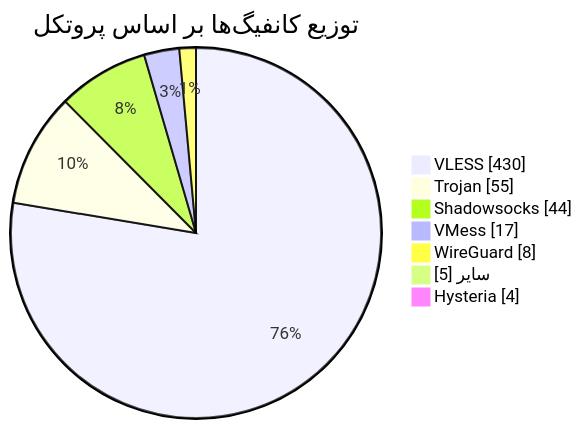
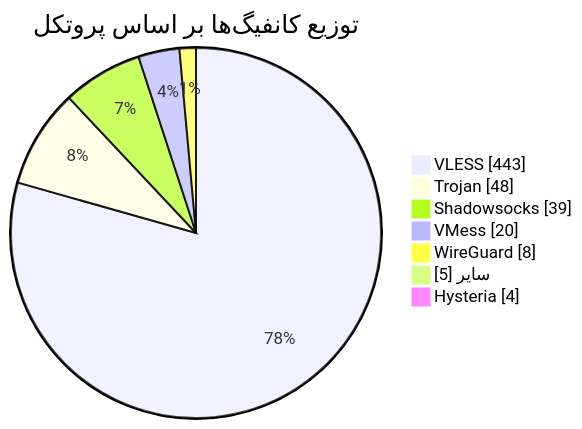
The diagram in README.md (Arian-Alijani/Somthing), drawn with Mermaid before and after one commit. The commit also changed other lines of this file and 21 other files, not shown here.

````diff
--- a/README.md
+++ b/README.md
@@ -49,11 +49,11 @@
 ```mermaid
 pie showData
     title توزیع کانفیگ‌ها بر اساس پروتکل
-    "VLESS" : 430
-    "Trojan" : 55
-    "Shadowsocks" : 44
-    "VMess" : 17
+    "VLESS" : 443
+    "Trojan" : 48
+    "Shadowsocks" : 39
+    "VMess" : 20
     "WireGuard" : 8
     "سایر" : 5
     "Hysteria" : 4
 ```
````
